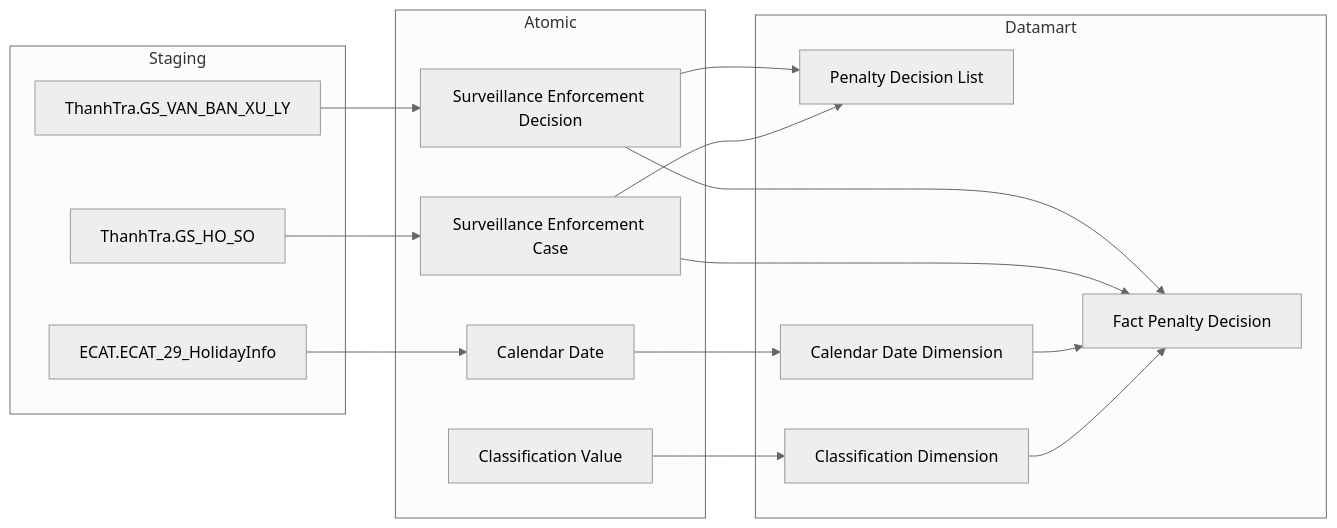
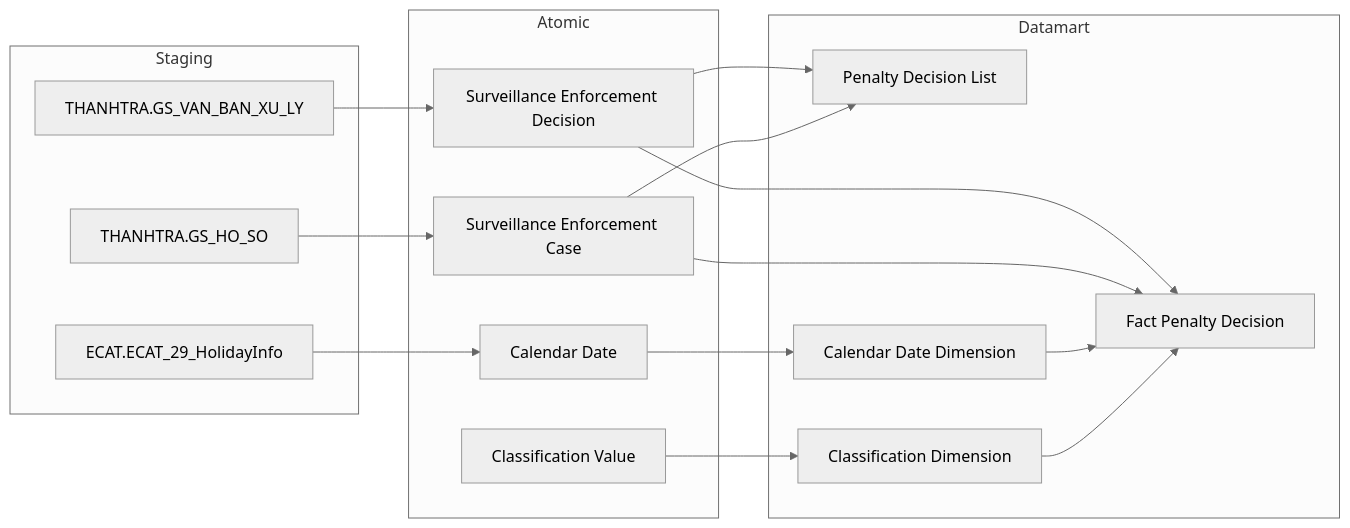
The third of 25 diagrams in Datamart/hld/DTM_TT_HLD.md (linhlvit/ubck_atomic_design), drawn with Mermaid (neutral theme) before and after one commit. The commit also changed other lines of this file and 463 other files, not shown here.

````diff
--- a/Datamart/hld/DTM_TT_HLD.md
+++ b/Datamart/hld/DTM_TT_HLD.md
@@ -101,36 +101,36 @@
 ```mermaid
 flowchart LR
     subgraph SRC["Staging"]
-        S1["ThanhTra.GS_VAN_BAN_XU_LY"]
-        S2["ThanhTra.GS_HO_SO"]
+        S1["THANHTRA.GS_VAN_BAN_XU_LY"]
+        S2["THANHTRA.GS_HO_SO"]
         ECAT_HolidayInfo["ECAT.ECAT_29_HolidayInfo"]
     end
 
     subgraph SIL["Atomic"]
         SV1["Surveillance Enforcement Decision"]
         SV2["Surveillance Enforcement Case"]
         Calendar_Date["Calendar Date"]
         Classification_Value["Classification Value"]
     end
 
     subgraph GOLD["Datamart"]
         G2["Fact Penalty Decision"]
         G1["Penalty Decision List"]
         G3["Calendar Date Dimension"]
         G4["Classification Dimension"]
     end
 
     S1 --> SV1
     S2 --> SV2
     ECAT_HolidayInfo --> Calendar_Date
 
     SV1 --> G2
     SV2 --> G2
     SV1 --> G1
     SV2 --> G1
 
     Calendar_Date --> G3
     Classification_Value --> G4
     G3 --> G2
     G4 --> G2
 ```
````
